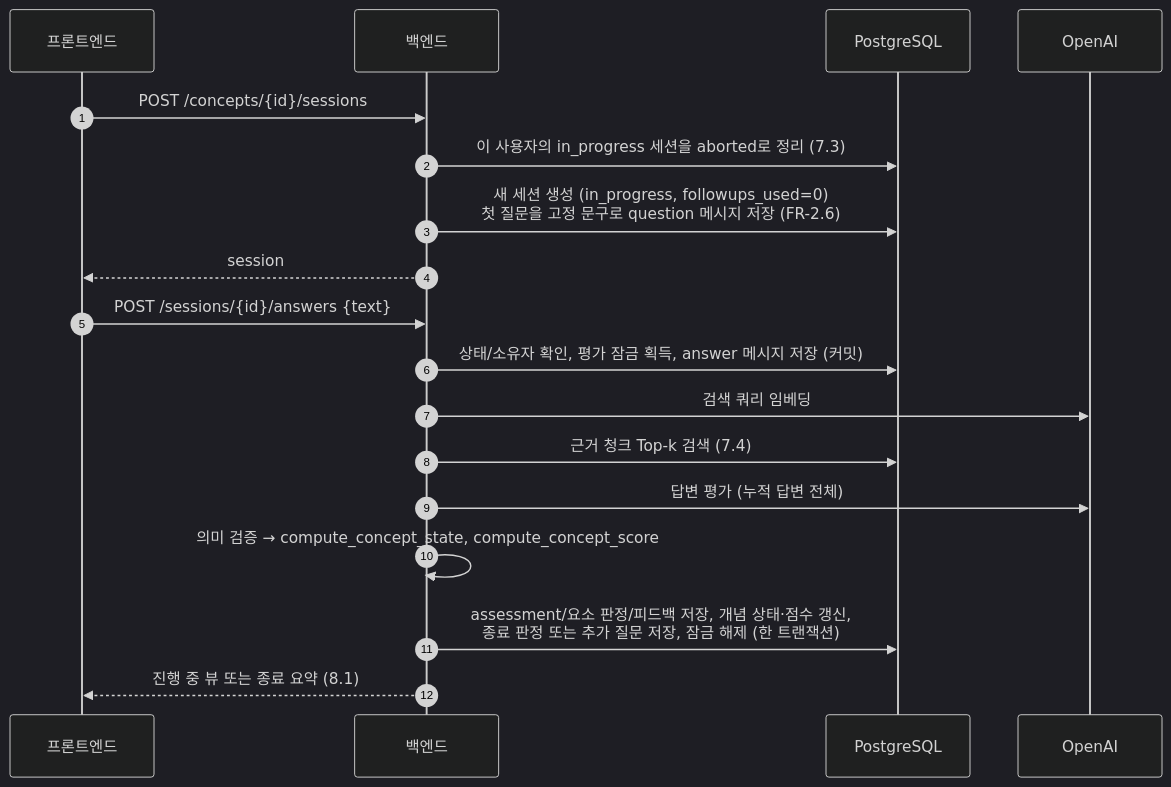
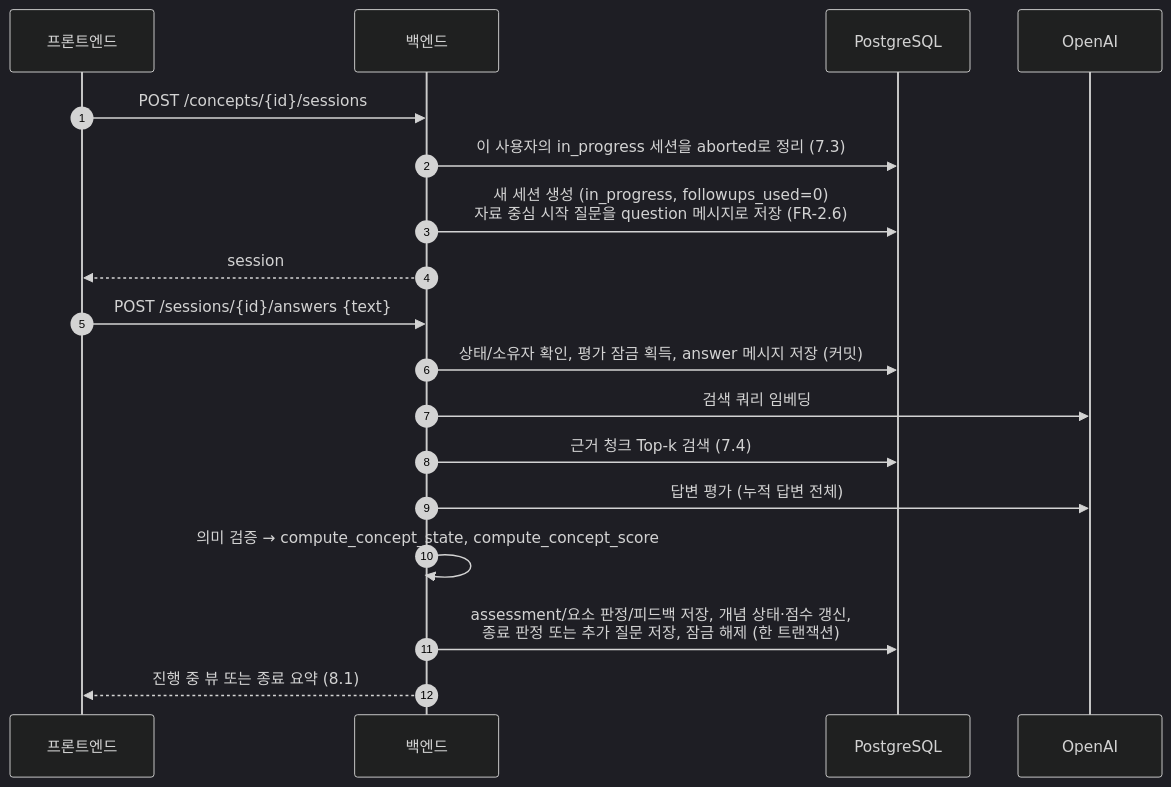
Before and after one commit to smd030830/Feynmi: the third of 4 diagrams in docs/architecture.md, drawn with Mermaid (dark theme). The commit also changed other lines of this file and 8 other files, not shown here.

````diff
--- a/docs/architecture.md
+++ b/docs/architecture.md
@@ -364,21 +364,21 @@
 ```mermaid
 sequenceDiagram
   autonumber
   participant FE as 프론트엔드
   participant API as 백엔드
   participant DB as PostgreSQL
   participant OAI as OpenAI
 
   FE->>API: POST /concepts/{id}/sessions
   API->>DB: 이 사용자의 in_progress 세션을 aborted로 정리 (7.3)
-  API->>DB: 새 세션 생성 (in_progress, followups_used=0)<br/>첫 질문을 고정 문구로 question 메시지 저장 (FR-2.6)
+  API->>DB: 새 세션 생성 (in_progress, followups_used=0)<br/>자료 중심 시작 질문을 question 메시지로 저장 (FR-2.6)
   API-->>FE: session
   FE->>API: POST /sessions/{id}/answers {text}
   API->>DB: 상태/소유자 확인, 평가 잠금 획득, answer 메시지 저장 (커밋)
   API->>OAI: 검색 쿼리 임베딩
   API->>DB: 근거 청크 Top-k 검색 (7.4)
   API->>OAI: 답변 평가 (누적 답변 전체)
   API->>API: 의미 검증 → compute_concept_state, compute_concept_score
   API->>DB: assessment/요소 판정/피드백 저장, 개념 상태·점수 갱신,<br/>종료 판정 또는 추가 질문 저장, 잠금 해제 (한 트랜잭션)
   API-->>FE: 진행 중 뷰 또는 종료 요약 (8.1)
 ```
````
